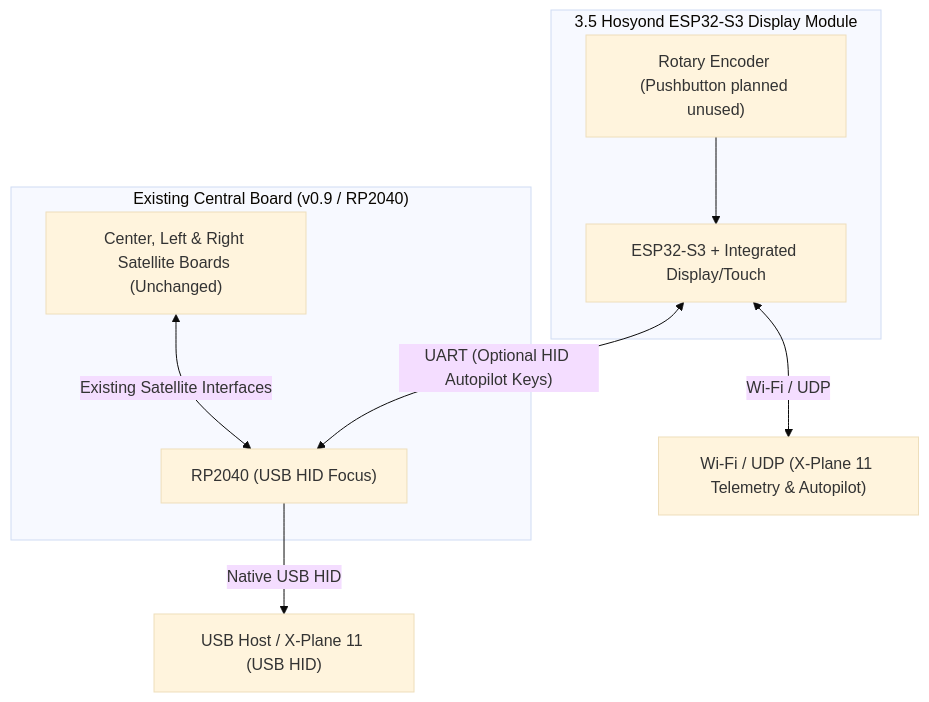
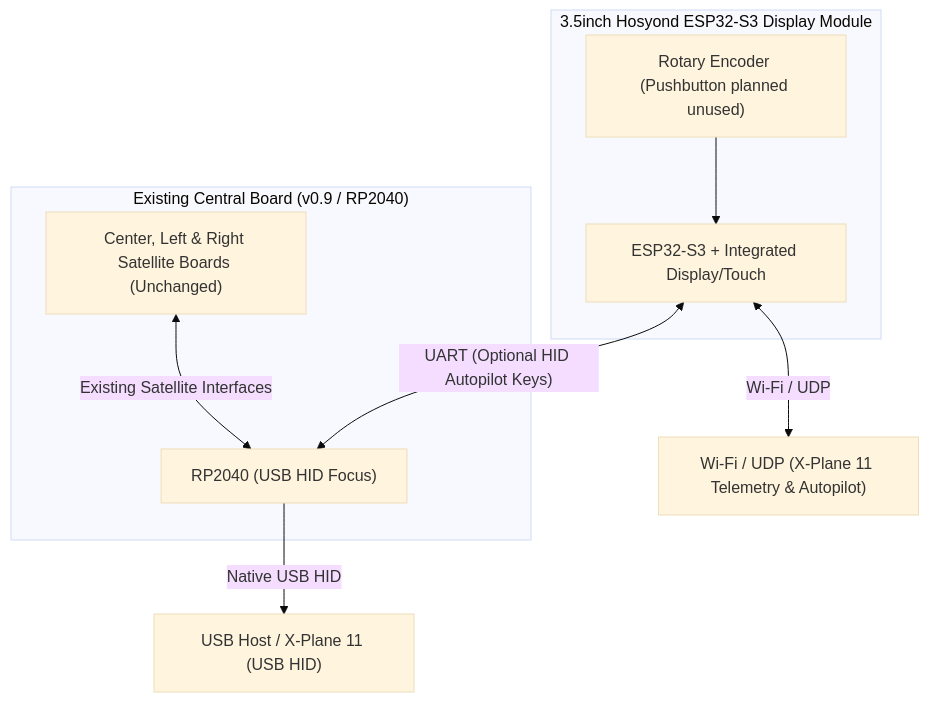
The diagram in docs/architecture-v2-outlook.md (yusuf-dertlioglu/modular-flight-deck-xplane), drawn with Mermaid (base theme) before and after one commit.

````diff
--- a/docs/architecture-v2-outlook.md
+++ b/docs/architecture-v2-outlook.md
@@ -19,22 +19,22 @@
 ```mermaid
 flowchart TB
-    subgraph ESP["3.5 Hosyond ESP32-S3 Display Module"]
+    subgraph ESP["3.5inch Hosyond ESP32-S3 Display Module"]
         ESP32["ESP32-S3 + Integrated Display/Touch"]
         ENC_V2["Rotary Encoder (Pushbutton planned unused)"]
     end
 
     subgraph RP["Existing Central Board (v0.9 / RP2040)"]
         RP2040["RP2040 (USB HID Focus)"]
         SAT_ALL["Center, Left & Right Satellite Boards (Unchanged)"]
     end
 
     WIFI["Wi-Fi / UDP (X-Plane 11 Telemetry & Autopilot)"]
     USB_HID["USB Host / X-Plane 11 (USB HID)"]
 
     ENC_V2 --> ESP32
     ESP32 <-->|"Wi-Fi / UDP"| WIFI
     ESP32 <-->|"UART (Optional HID Autopilot Keys)"| RP2040
     SAT_ALL <-->|"Existing Satellite Interfaces"| RP2040
     RP2040 -->|"Native USB HID"| USB_HID
 
 ```
````
